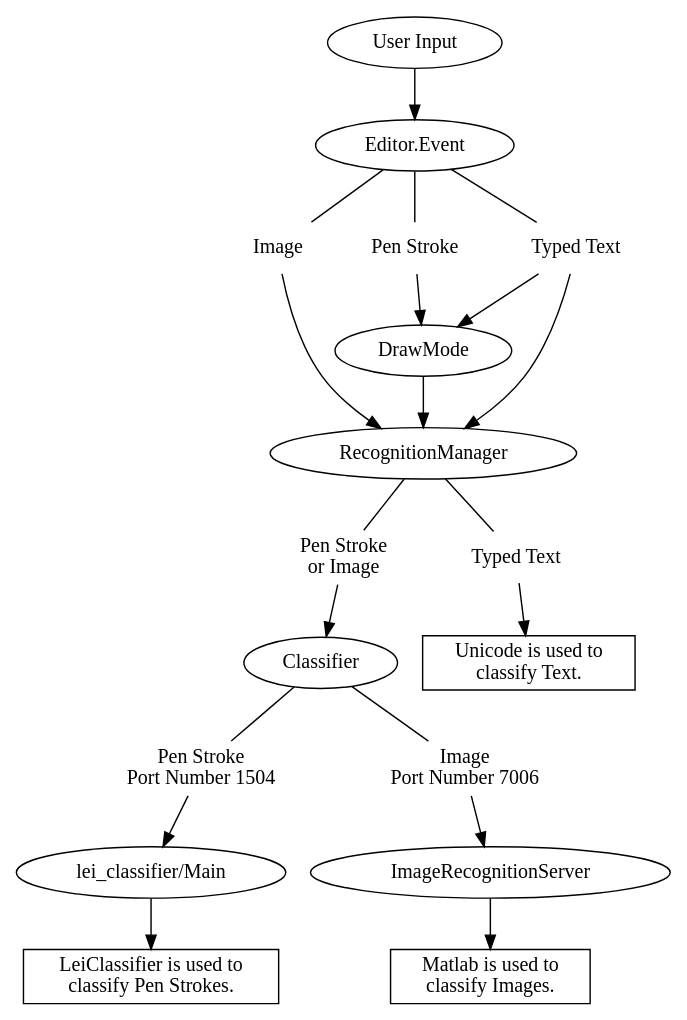
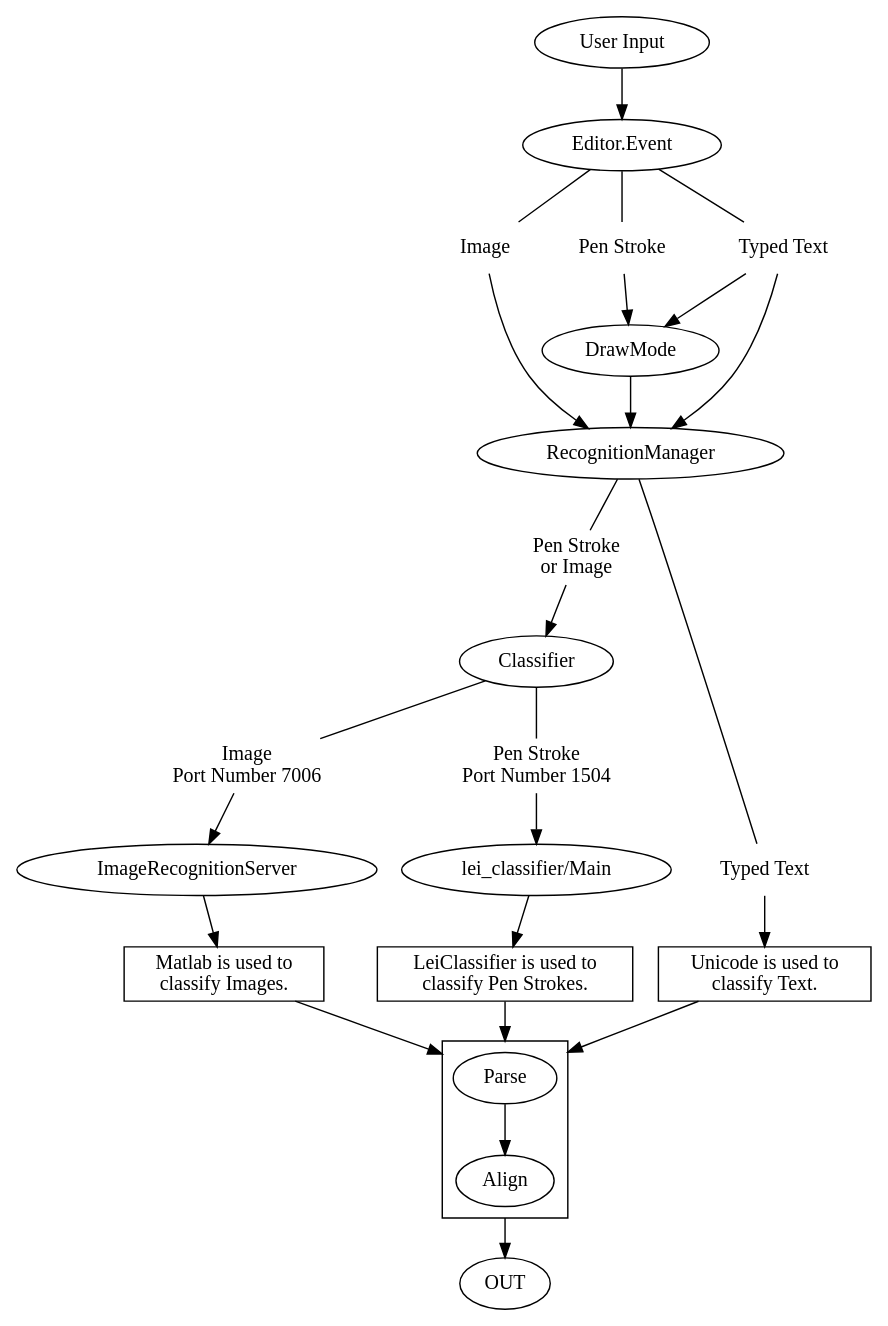
Before and after one commit to DPRL/min: the diagram in pen_entry/doc/min_process.dot, drawn with Graphviz. The commit also changed 1 other file, not shown here.

```diff
--- a/pen_entry/doc/min_process.dot
+++ b/pen_entry/doc/min_process.dot
@@ -1,46 +1,57 @@
 digraph min_process {
+	compound = true;
+	
     UI [label="User Input"];
     EE [label="Editor.Event"];
     PS1 [label="Pen Stroke",shape="plaintext"];
     IM1 [label="Image",shape="plaintext"];
     TT1 [label="Typed Text",shape="plaintext"];
     DM [label="DrawMode"];
     RM [label="RecognitionManager"];
     CL [label="Classifier"];
     PPS [label="Pen Stroke\nPort Number 1504",shape="plaintext"];
     PIM [label="Image\nPort Number 7006",shape="plaintext"];
     LC [label="lei_classifier/Main"];
     IRS [label="ImageRecognitionServer"];
     PSoIM [label="Pen Stroke\nor Image",shape="plaintext"];
     ETT [label="Unicode is used to\nclassify Text.",shape="box"];
     EIM [label="Matlab is used to\nclassify Images.",shape="box"];
     EPS [label="LeiClassifier is used to\nclassify Pen Strokes.",shape="box"];    
     TT2 [label="Typed Text",shape="plaintext"];
+	subgraph cluster_align {
+        PA [label="Parse"];
+        AL [label="Align"];
+        PA -> AL;
+    }
 
+    ETT -> PA [lhead=cluster_align];
+    EPS -> PA [lhead=cluster_align];
+    EIM -> PA [lhead=cluster_align];
+    AL -> OUT [ltail=cluster_align];
     {rank=same; PS1 IM1 TT1}
     
     UI -> EE;
     EE -> PS1 [arrowhead="none"];
     EE -> IM1 [arrowhead="none"];
     EE -> TT1 [arrowhead="none"];
 
     PS1 -> DM;
     TT1 -> DM;
     
     TT1 -> RM;
     IM1 -> RM;
     DM -> RM;
     RM -> TT2 [arrowhead="none"];
     RM -> PSoIM [arrowhead="none"];
     PSoIM->CL;
     
     TT2 -> ETT;
 
     CL -> PPS [arrowhead="none"];
     PPS -> LC;
     LC -> EPS;
 
     CL -> PIM [arrowhead="none"];
     PIM -> IRS;
     IRS -> EIM;
 }
```
